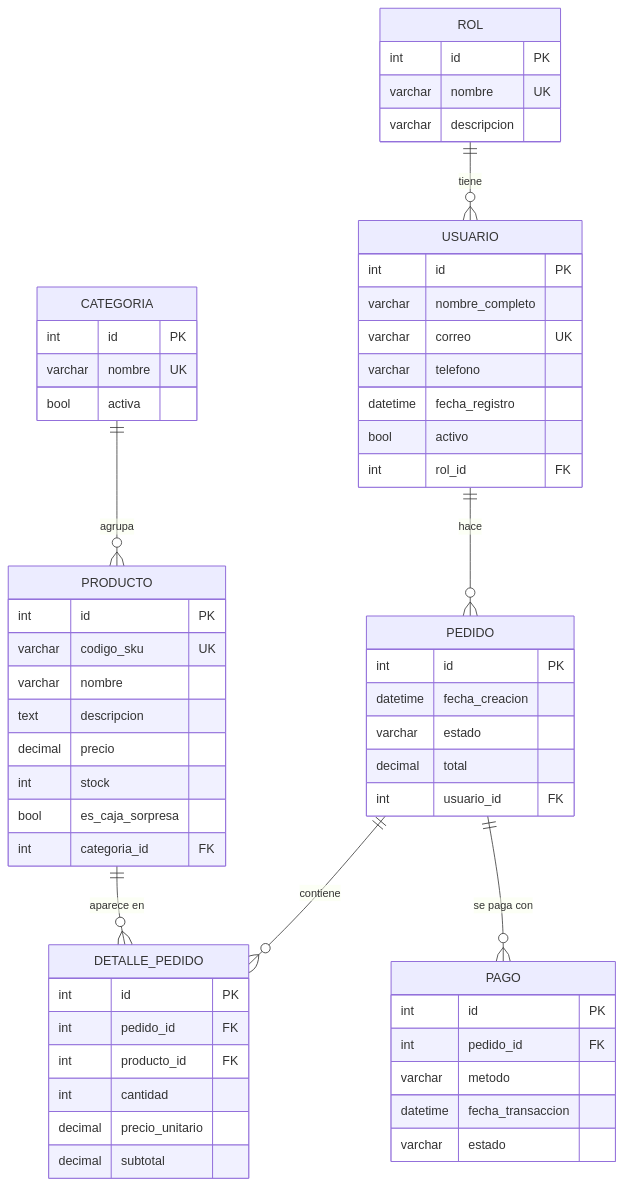
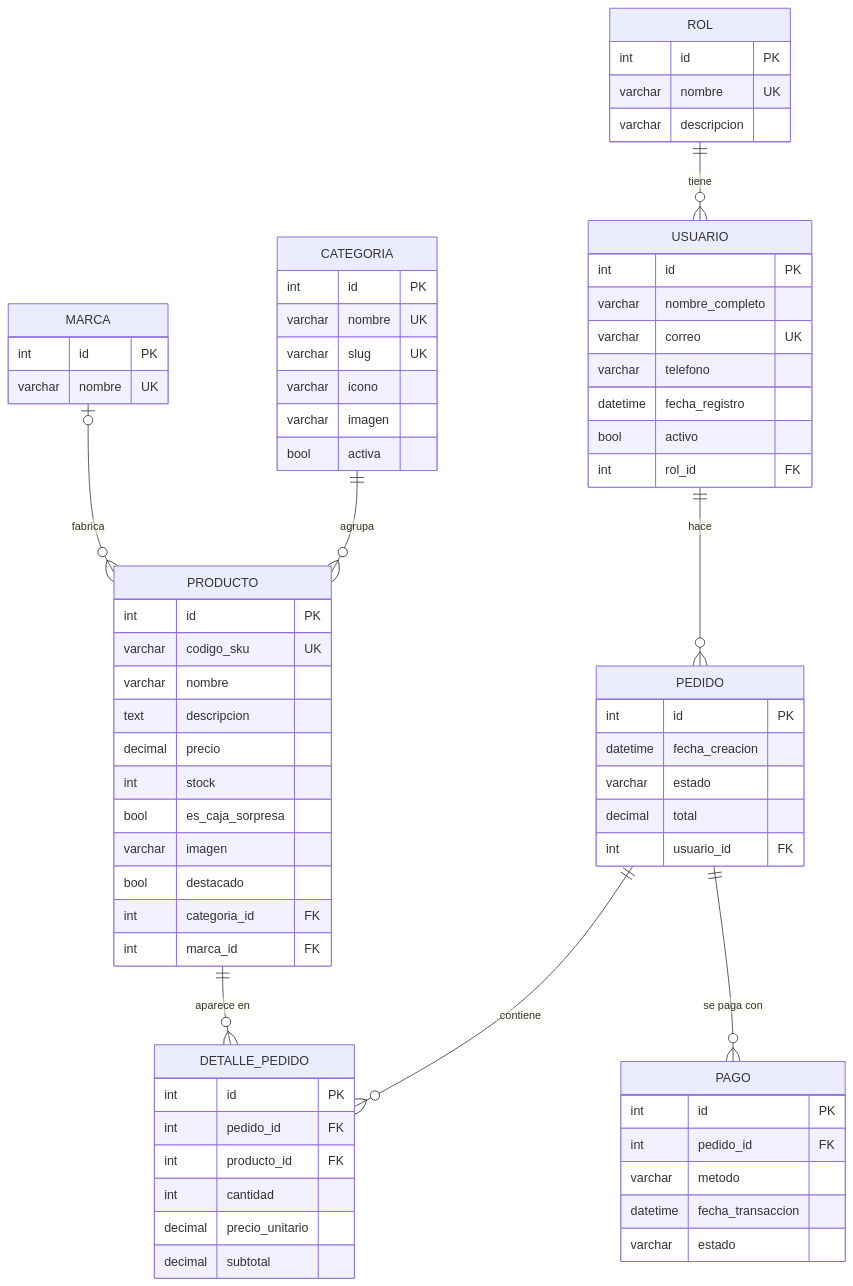
The diagram in GUIA_EVALUACION.md (mariajesus-io/sinewave), drawn with Mermaid before and after one commit. The commit also changed other lines of this file and 10 other files, not shown here.

````diff
--- a/GUIA_EVALUACION.md
+++ b/GUIA_EVALUACION.md
@@ -117,61 +120,72 @@
 ```mermaid
 erDiagram
     ROL ||--o{ USUARIO : "tiene"
     USUARIO ||--o{ PEDIDO : "hace"
     CATEGORIA ||--o{ PRODUCTO : "agrupa"
+    MARCA |o--o{ PRODUCTO : "fabrica"
     PEDIDO ||--o{ DETALLE_PEDIDO : "contiene"
     PRODUCTO ||--o{ DETALLE_PEDIDO : "aparece en"
     PEDIDO ||--o{ PAGO : "se paga con"
 
     ROL {
         int id PK
         varchar nombre UK
         varchar descripcion
     }
     USUARIO {
         int id PK
         varchar nombre_completo
         varchar correo UK
         varchar telefono
         datetime fecha_registro
         bool activo
         int rol_id FK
     }
     CATEGORIA {
         int id PK
         varchar nombre UK
+        varchar slug UK
+        varchar icono
+        varchar imagen
         bool activa
+    }
+    MARCA {
+        int id PK
+        varchar nombre UK
     }
     PRODUCTO {
         int id PK
         varchar codigo_sku UK
         varchar nombre
         text descripcion
         decimal precio
         int stock
         bool es_caja_sorpresa
+        varchar imagen
+        bool destacado
         int categoria_id FK
+        int marca_id FK
     }
     PEDIDO {
         int id PK
         datetime fecha_creacion
         varchar estado
         decimal total
         int usuario_id FK
     }
     DETALLE_PEDIDO {
         int id PK
         int pedido_id FK
         int producto_id FK
         int cantidad
         decimal precio_unitario
         decimal subtotal
     }
     PAGO {
         int id PK
         int pedido_id FK
         varchar metodo
         datetime fecha_transaccion
         varchar estado
     }
 ```
````
